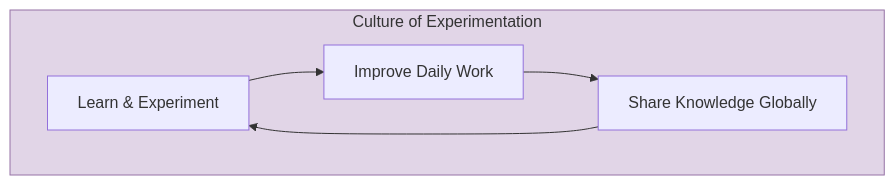
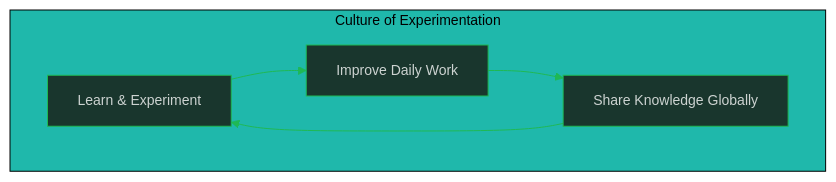
The third of 3 diagrams in software-engineering-note/06_Software_Engineering_Operations/01_The_Three_Ways.md (oat431/swe-knowledge), drawn with Mermaid before and after one commit. The commit also changed other lines of this file and 31 other files, not shown here.

````diff
--- a/software-engineering-note/06_Software_Engineering_Operations/01_The_Three_Ways.md
+++ b/software-engineering-note/06_Software_Engineering_Operations/01_The_Three_Ways.md
@@ -165,11 +167,12 @@
 ```mermaid
+%%{init: {'theme':'base','themeVariables':{'primaryColor':'#19362D','primaryTextColor':'#CDD3D1','primaryBorderColor':'#1FB854','lineColor':'#1FB854','secondaryColor':'#161212','tertiaryColor':'#1B1717','background':'#1B1717','mainBkg':'#19362D','nodeBorder':'#1FB854','clusterBkg':'#161212','clusterBorder':'#19362D','titleColor':'#1FB854','edgeLabelBackground':'#161212','fontSize':'14px'}}}%%
 flowchart TD
     subgraph CULTURE["Culture of Experimentation"]
         LEARN["Learn & Experiment"]
         IMPROVE["Improve Daily Work"]
         SHARE["Share Knowledge Globally"]
         LEARN --> IMPROVE --> SHARE --> LEARN
     end
     
-    style CULTURE fill:#e1d5e7,stroke:#9673a6
+    style CULTURE fill:#1FB8AB,stroke:#000000,color:#000000
 ```
````
